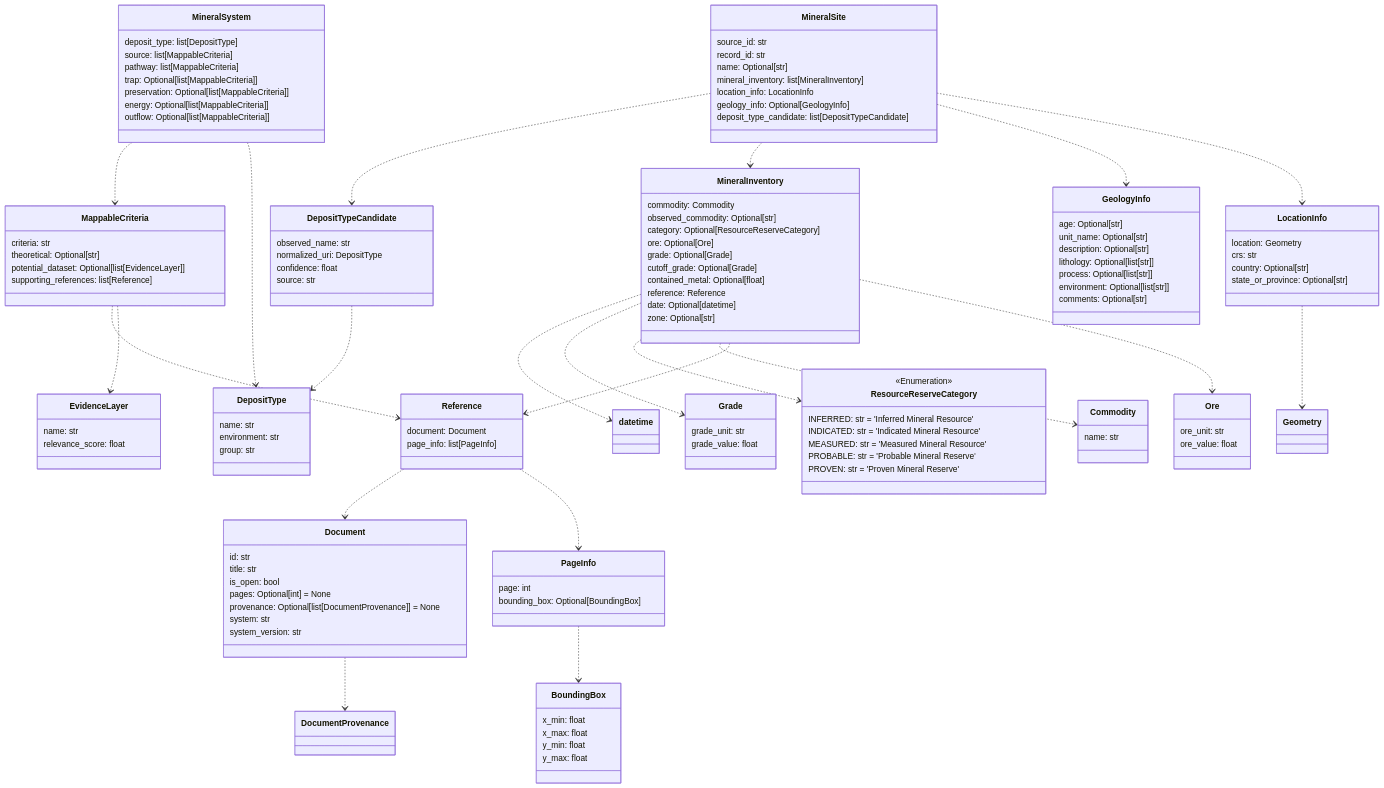
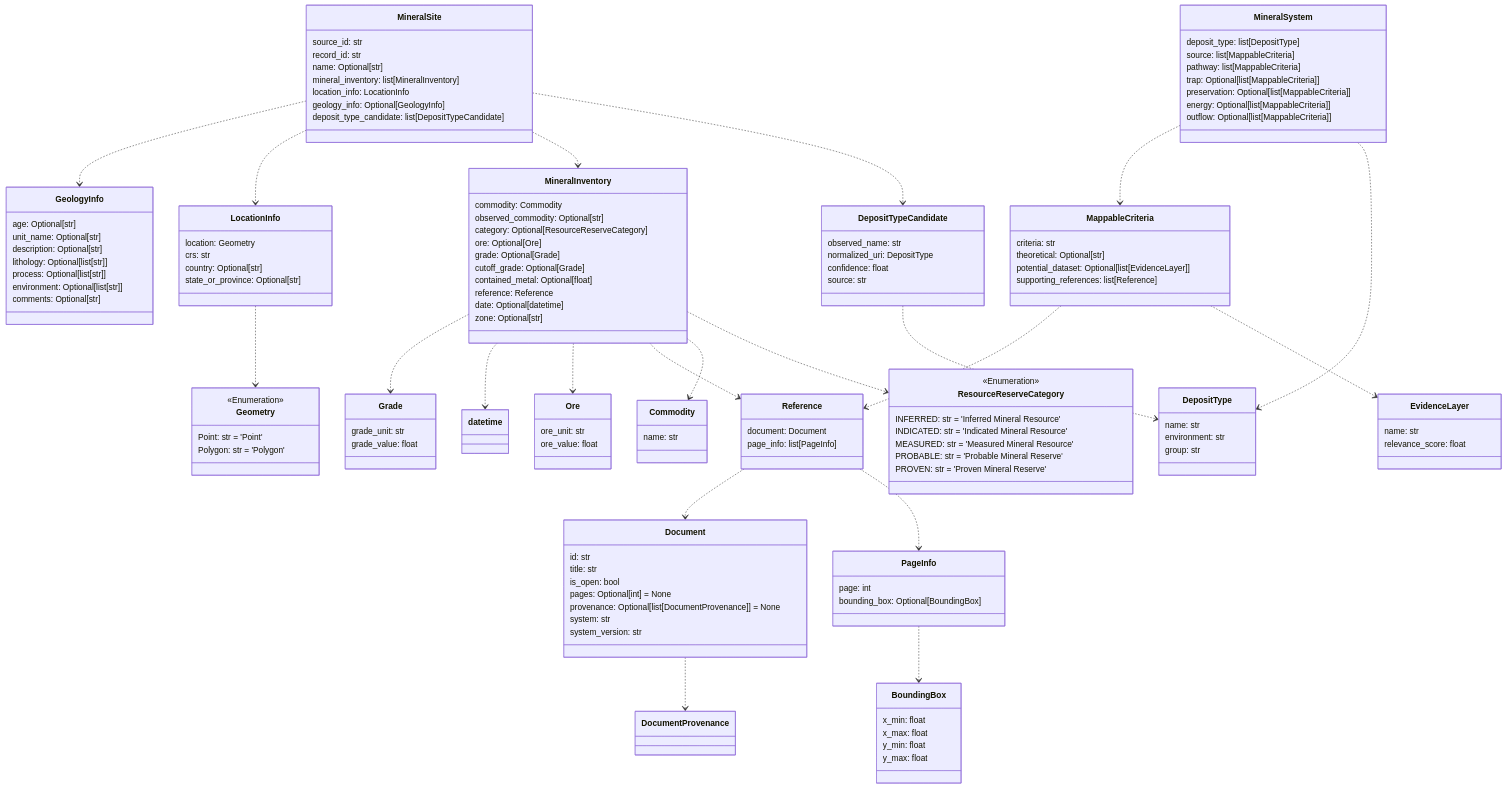
One commit to DARPA-CRITICALMAAS/cdr_schemas changed the tenth of 12 diagrams in README.md. Above: the diagram before and after it, drawn with Mermaid. The commit also changed other lines of this file and 4 other files, not shown here.

````diff
--- a/README.md
+++ b/README.md
@@ -655,13 +655,30 @@
 ```mermaid
 classDiagram
 
-    class ResourceReserveCategory {
+    class Ore {
+        ore_unit: str
+        ore_value: float
+    }
+
+    class Geometry {
         <<Enumeration>>
-        INFERRED: str = 'Inferred Mineral Resource'
-        INDICATED: str = 'Indicated Mineral Resource'
-        MEASURED: str = 'Measured Mineral Resource'
-        PROBABLE: str = 'Probable Mineral Reserve'
-        PROVEN: str = 'Proven Mineral Reserve'
+        Point: str = 'Point'
+        Polygon: str = 'Polygon'
+    }
+
+    class PageInfo {
+        page: int
+        bounding_box: Optional[BoundingBox]
+    }
+
+    class GeologyInfo {
+        age: Optional[str]
+        unit_name: Optional[str]
+        description: Optional[str]
+        lithology: Optional[list[str]]
+        process: Optional[list[str]]
+        environment: Optional[list[str]]
+        comments: Optional[str]
     }
 
     class Reference {
@@ -682,16 +699,43 @@
         zone: Optional[str]
     }
 
-    class MappableCriteria {
-        criteria: str
-        theoretical: Optional[str]
-        potential_dataset: Optional[list[EvidenceLayer]]
-        supporting_references: list[Reference]
+    class DepositTypeCandidate {
+        observed_name: str
+        normalized_uri: DepositType
+        confidence: float
+        source: str
     }
 
-    class Ore {
-        ore_unit: str
-        ore_value: float
+    class Commodity {
+        name: str
+    }
+
+    class Document {
+        id: str
+        title: str
+        is_open: bool
+        pages: Optional[int] = None
+        provenance: Optional[list[DocumentProvenance]] = None
+        system: str
+        system_version: str
+    }
+
+    class DepositType {
+        name: str
+        environment: str
+        group: str
+    }
+
+    class BoundingBox {
+        x_min: float
+        x_max: float
+        y_min: float
+        y_max: float
+    }
+
+    class Grade {
+        grade_unit: str
+        grade_value: float
     }
 
     class MineralSite {
@@ -704,63 +748,11 @@
         deposit_type_candidate: list[DepositTypeCandidate]
     }
 
-    class DepositType {
-        name: str
-        environment: str
-        group: str
-    }
-
-    class Document {
-        id: str
-        title: str
-        is_open: bool
-        pages: Optional[int] = None
-        provenance: Optional[list[DocumentProvenance]] = None
-        system: str
-        system_version: str
-    }
-
-    class DepositTypeCandidate {
-        observed_name: str
-        normalized_uri: DepositType
-        confidence: float
-        source: str
-    }
-
-    class PageInfo {
-        page: int
-        bounding_box: Optional[BoundingBox]
-    }
-
-    class Commodity {
-        name: str
-    }
-
-    class BoundingBox {
-        x_min: float
-        x_max: float
-        y_min: float
-        y_max: float
-    }
-
-    class GeologyInfo {
-        age: Optional[str]
-        unit_name: Optional[str]
-        description: Optional[str]
-        lithology: Optional[list[str]]
-        process: Optional[list[str]]
-        environment: Optional[list[str]]
-        comments: Optional[str]
-    }
-
-    class EvidenceLayer {
-        name: str
-        relevance_score: float
-    }
-
-    class Grade {
-        grade_unit: str
-        grade_value: float
+    class LocationInfo {
+        location: Geometry
+        crs: str
+        country: Optional[str]
+        state_or_province: Optional[str]
     }
 
     class MineralSystem {
@@ -773,11 +765,25 @@
         outflow: Optional[list[MappableCriteria]]
     }
 
-    class LocationInfo {
-        location: Geometry
-        crs: str
-        country: Optional[str]
-        state_or_province: Optional[str]
+    class MappableCriteria {
+        criteria: str
+        theoretical: Optional[str]
+        potential_dataset: Optional[list[EvidenceLayer]]
+        supporting_references: list[Reference]
+    }
+
+    class ResourceReserveCategory {
+        <<Enumeration>>
+        INFERRED: str = 'Inferred Mineral Resource'
+        INDICATED: str = 'Indicated Mineral Resource'
+        MEASURED: str = 'Measured Mineral Resource'
+        PROBABLE: str = 'Probable Mineral Reserve'
+        PROVEN: str = 'Proven Mineral Reserve'
+    }
+
+    class EvidenceLayer {
+        name: str
+        relevance_score: float
     }
 
     Document ..> DocumentProvenance
@@ -789,17 +795,17 @@
     MappableCriteria ..> EvidenceLayer
     MineralSystem ..> MappableCriteria
     MineralSystem ..> DepositType
+    MineralInventory ..> Grade
     MineralInventory ..> datetime
-    MineralInventory ..> Grade
+    MineralInventory ..> Ore
+    MineralInventory ..> Reference
+    MineralInventory ..> Commodity
     MineralInventory ..> ResourceReserveCategory
-    MineralInventory ..> Commodity
-    MineralInventory ..> Reference
-    MineralInventory ..> Ore
     LocationInfo ..> Geometry
-    MineralSite ..> DepositTypeCandidate
-    MineralSite ..> MineralInventory
     MineralSite ..> GeologyInfo
     MineralSite ..> LocationInfo
+    MineralSite ..> MineralInventory
+    MineralSite ..> DepositTypeCandidate
 
 
 ```
````
